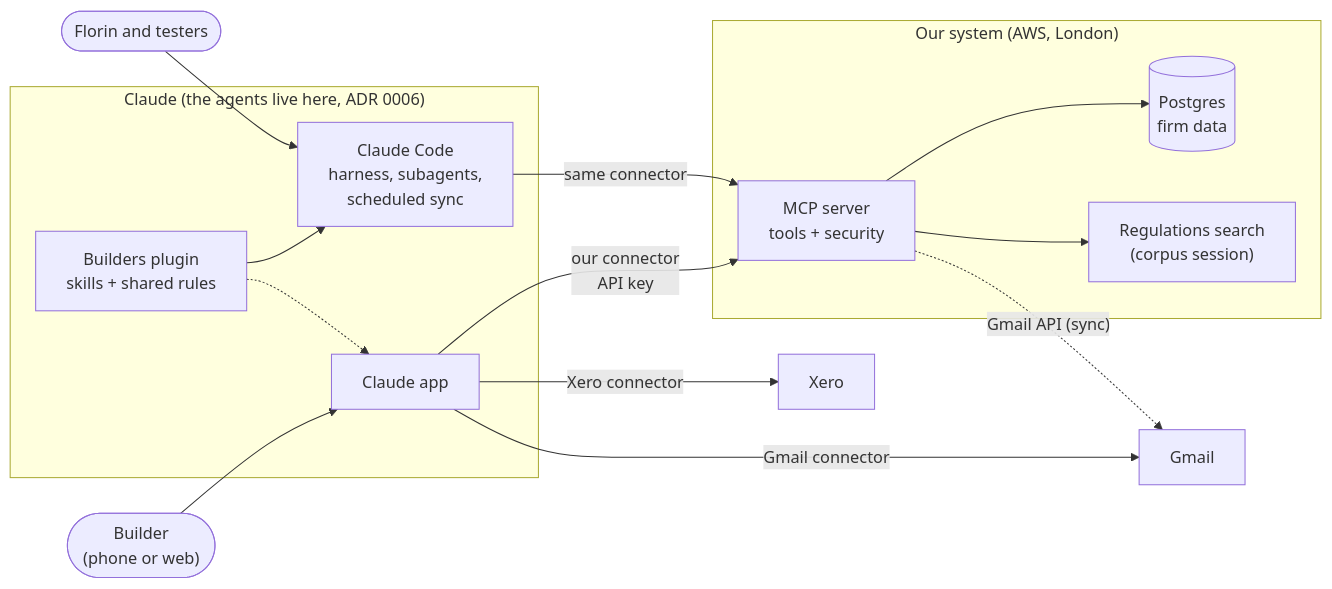
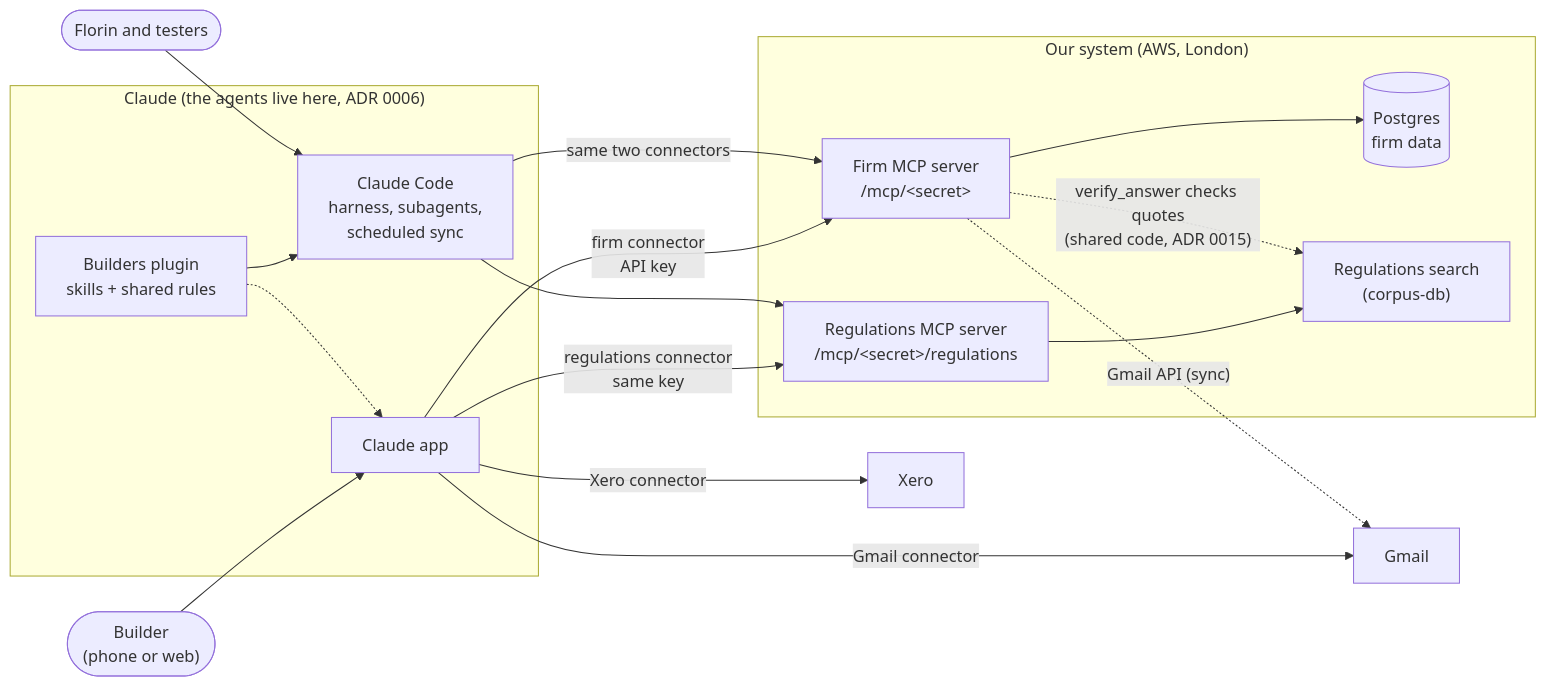
The first of 3 diagrams in architecture/ARCHITECTURE.md (florinmarcus/builders_lab), drawn with Mermaid before and after one commit. The commit also changed other lines of this file and 21 other files, not shown here.

First line of the commit message:
Two MCP servers: firm data and regulations (ADR 0015)

````diff
--- a/architecture/ARCHITECTURE.md
+++ b/architecture/ARCHITECTURE.md
@@ -9,32 +9,36 @@
 ```mermaid
 flowchart LR
     builder(["Builder<br/>(phone or web)"])
     dev(["Florin and testers"])
 
     subgraph claude["Claude (the agents live here, ADR 0006)"]
         app["Claude app"]
         code["Claude Code<br/>harness, subagents,<br/>scheduled sync"]
         plugin["Builders plugin<br/>skills + shared rules"]
     end
 
     subgraph ours["Our system (AWS, London)"]
-        mcp["MCP server<br/>tools + security"]
+        mcp["Firm MCP server<br/>/mcp/&lt;secret&gt;"]
+        regs["Regulations MCP server<br/>/mcp/&lt;secret&gt;/regulations"]
         db[("Postgres<br/>firm data")]
-        rag["Regulations search<br/>(corpus session)"]
+        rag["Regulations search<br/>(corpus-db)"]
     end
 
     gmail["Gmail"]
     xero["Xero"]
 
     builder --> app
     plugin -.-> app
     plugin --> code
     dev --> code
     app -->|"Gmail connector"| gmail
     app -->|"Xero connector"| xero
-    app -->|"our connector<br/>API key"| mcp
-    code -->|"same connector"| mcp
+    app -->|"firm connector<br/>API key"| mcp
+    app -->|"regulations connector<br/>same key"| regs
+    code -->|"same two connectors"| mcp
+    code --> regs
     mcp --> db
-    mcp --> rag
+    regs --> rag
+    mcp -.->|"verify_answer checks quotes<br/>(shared code, ADR 0015)"| rag
     mcp -.->|"Gmail API (sync)"| gmail
 ```
````
